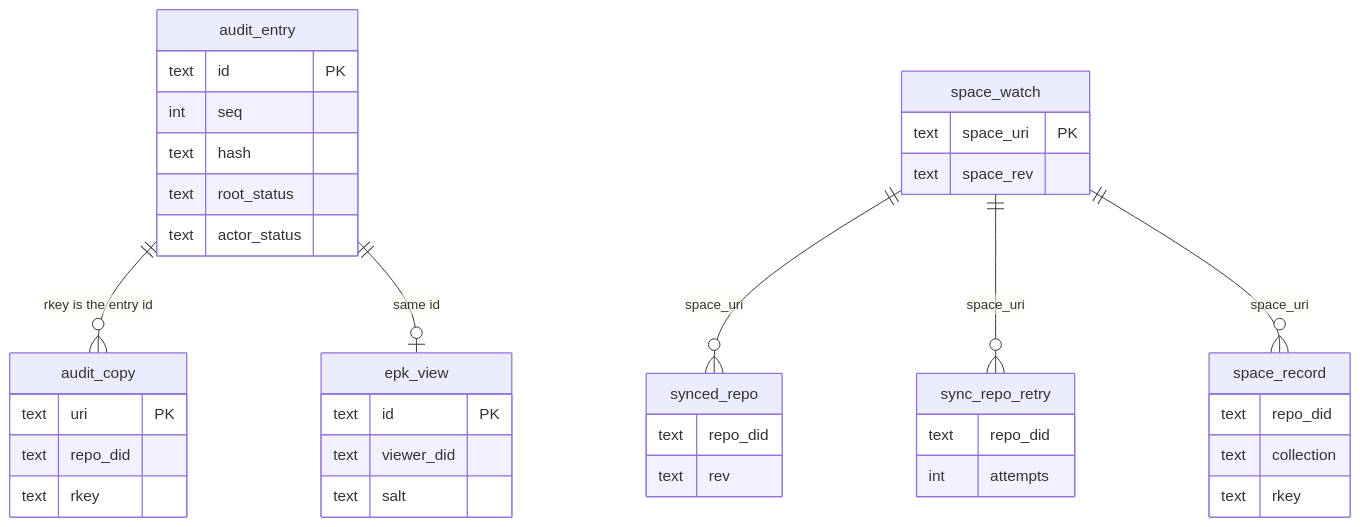
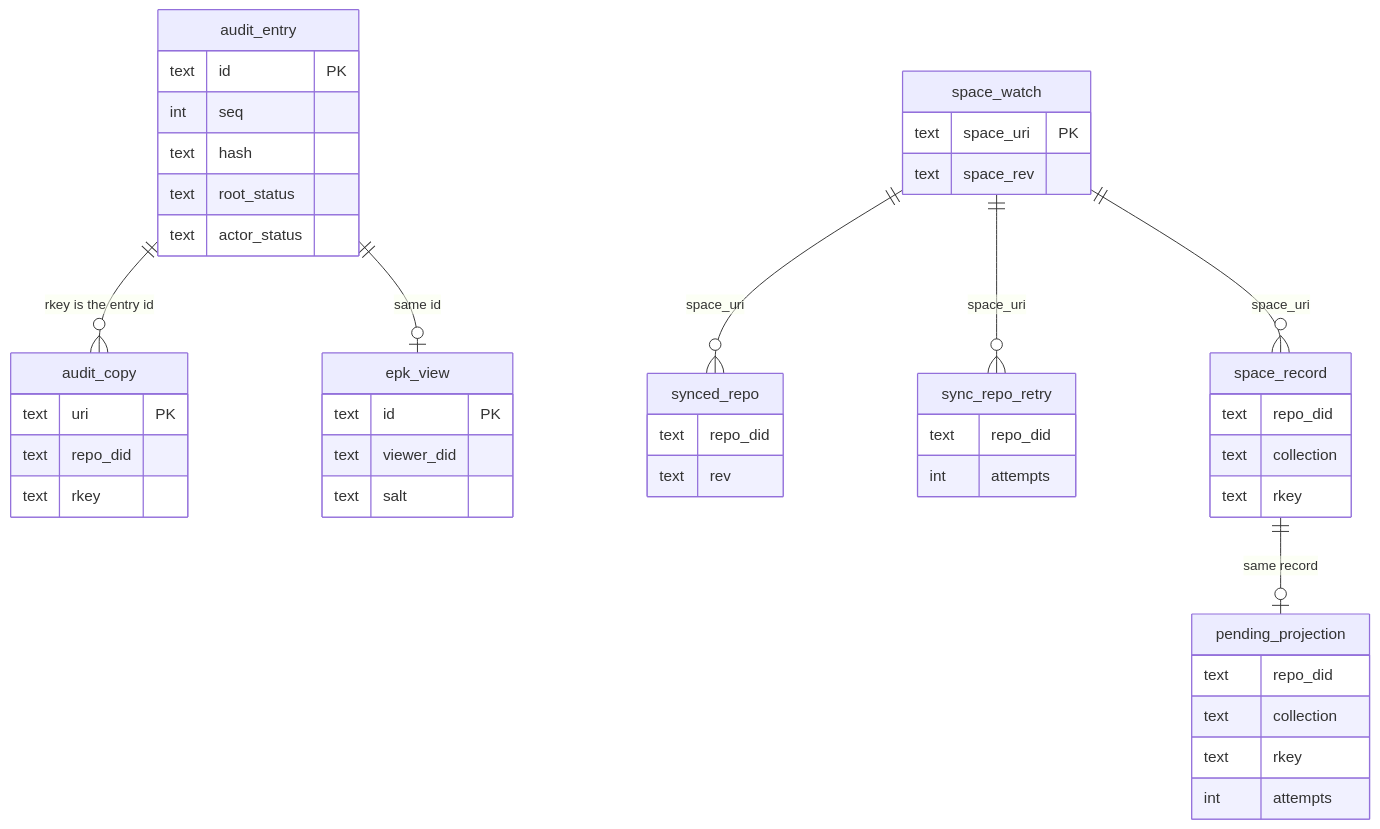
One commit to cutenode/localnetwork changed the tenth of 11 diagrams in apps/web/README.md. Above: the diagram before and after it, drawn with Mermaid. The commit also changed other lines of this file and 8 other files, not shown here.

````diff
--- a/apps/web/README.md
+++ b/apps/web/README.md
@@ -668,42 +668,49 @@
 ```mermaid
 erDiagram
   audit_entry ||--o{ audit_copy : "rkey is the entry id"
   audit_entry ||--o| epk_view : "same id"
   space_watch ||--o{ synced_repo : "space_uri"
   space_watch ||--o{ sync_repo_retry : "space_uri"
   space_watch ||--o{ space_record : "space_uri"
+  space_record ||--o| pending_projection : "same record"
   audit_entry {
     text id PK
     int seq
     text hash
     text root_status
     text actor_status
   }
   audit_copy {
     text uri PK
     text repo_did
     text rkey
   }
   epk_view {
     text id PK
     text viewer_did
     text salt
   }
   space_watch {
     text space_uri PK
     text space_rev
   }
   synced_repo {
     text repo_did
     text rev
   }
   sync_repo_retry {
     text repo_did
     int attempts
   }
   space_record {
     text repo_did
     text collection
     text rkey
   }
+  pending_projection {
+    text repo_did
+    text collection
+    text rkey
+    int attempts
+  }
 ```
````
